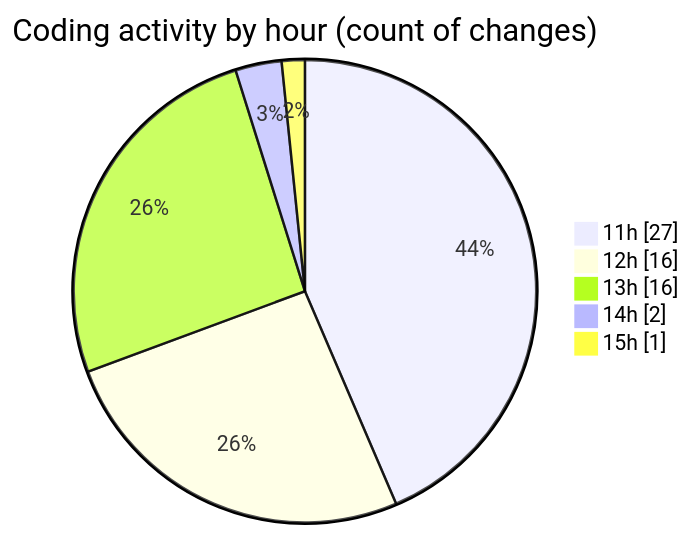
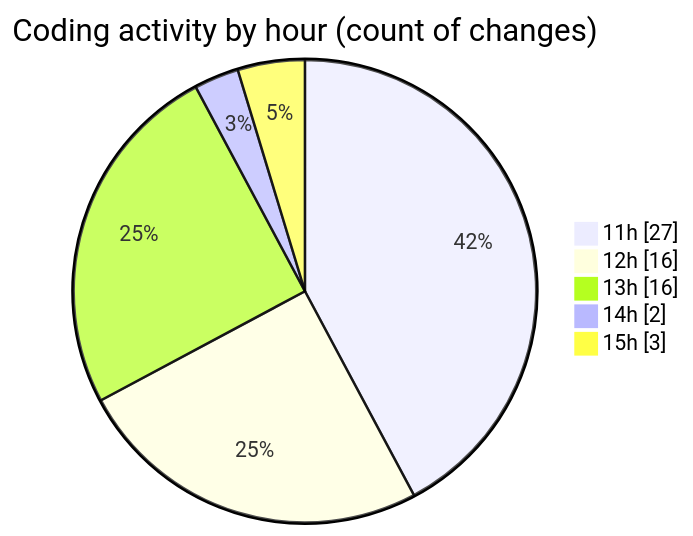
One commit to MatusMokan/code-tracking changed the second of 2 diagrams in 2025-04-18/myws__workspace_/README.md. Above: the diagram before and after it, drawn with Mermaid. The commit also changed other lines of this file and 1 other file, not shown here.

````diff
--- a/2025-04-18/myws__workspace_/README.md
+++ b/2025-04-18/myws__workspace_/README.md
@@ -29,9 +30,9 @@
 ```mermaid
 pie showData
 title Coding activity by hour (count of changes)
 "11h" : 27
 "12h" : 16
 "13h" : 16
 "14h" : 2
-"15h" : 1
+"15h" : 3
 ```
````
